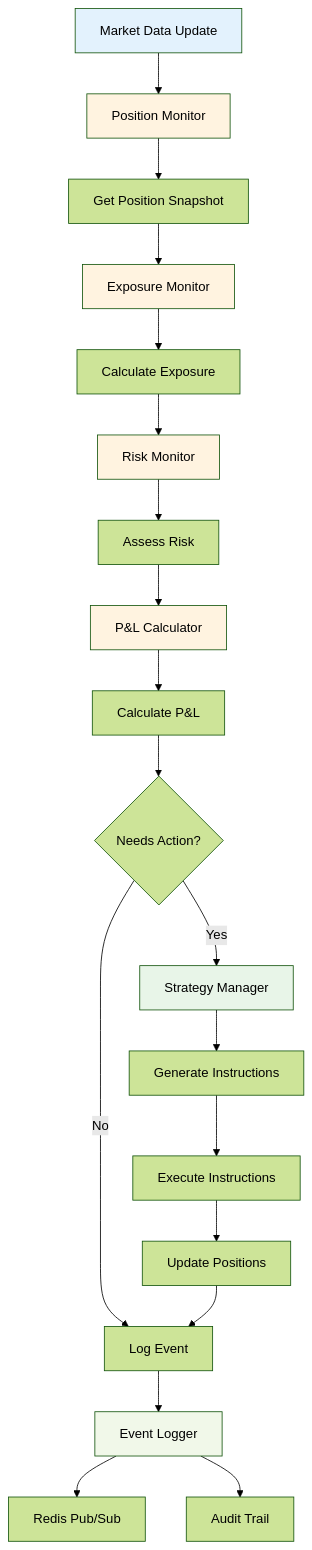
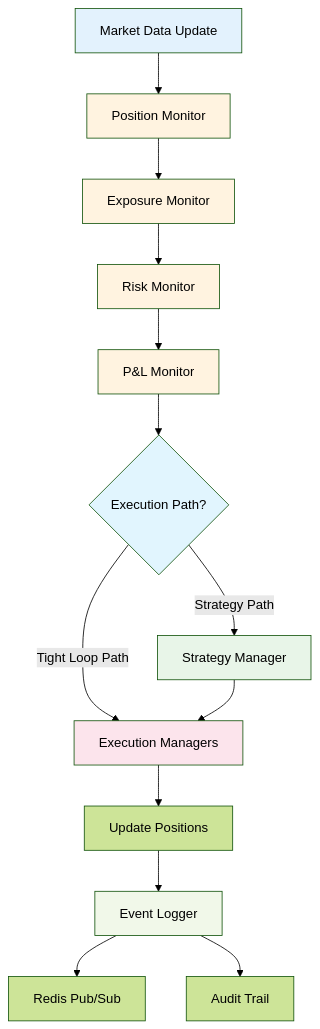
Before and after one commit to IggyIkenna/basis-strategy-v1: diagram 32 of 48 in docs/WORKFLOW_GUIDE.md, drawn with Mermaid (forest theme). The commit also changed other lines of this file and 205 other files, not shown here.

````diff
--- a/docs/WORKFLOW_GUIDE.md
+++ b/docs/WORKFLOW_GUIDE.md
@@ -239,29 +1067,25 @@
 ```mermaid
 graph TD
     A[Market Data Update] --> B[Position Monitor]
-    B --> C[Get Position Snapshot]
-    C --> D[Exposure Monitor]
-    D --> E[Calculate Exposure]
-    E --> F[Risk Monitor]
-    F --> G[Assess Risk]
-    G --> H[P&L Calculator]
-    H --> I[Calculate P&L]
-    I --> J{Needs Action?}
-    J -->|Yes| K[Strategy Manager]
-    J -->|No| L[Log Event]
-    K --> M[Generate Instructions]
-    M --> N[Execute Instructions]
-    N --> O[Update Positions]
-    O --> L
-    L --> P[Event Logger]
-    P --> Q[Redis Pub/Sub]
-    P --> R[Audit Trail]
+    B --> C[Exposure Monitor]
+    C --> D[Risk Monitor]
+    D --> E[P&L Monitor]
+    E --> F{Execution Path?}
+    F -->|Strategy Path| G[Strategy Manager]
+    F -->|Tight Loop Path| H[Execution Managers]
+    G --> H
+    H --> I[Update Positions]
+    I --> J[Event Logger]
+    J --> K[Redis Pub/Sub]
+    J --> L[Audit Trail]
     
     style A fill:#e3f2fd
     style B fill:#fff3e0
+    style C fill:#fff3e0
     style D fill:#fff3e0
-    style F fill:#fff3e0
-    style H fill:#fff3e0
-    style K fill:#e8f5e8
-    style P fill:#f1f8e9
+    style E fill:#fff3e0
+    style F fill:#e1f5fe
+    style G fill:#e8f5e8
+    style H fill:#fce4ec
+    style J fill:#f1f8e9
 ```
````
